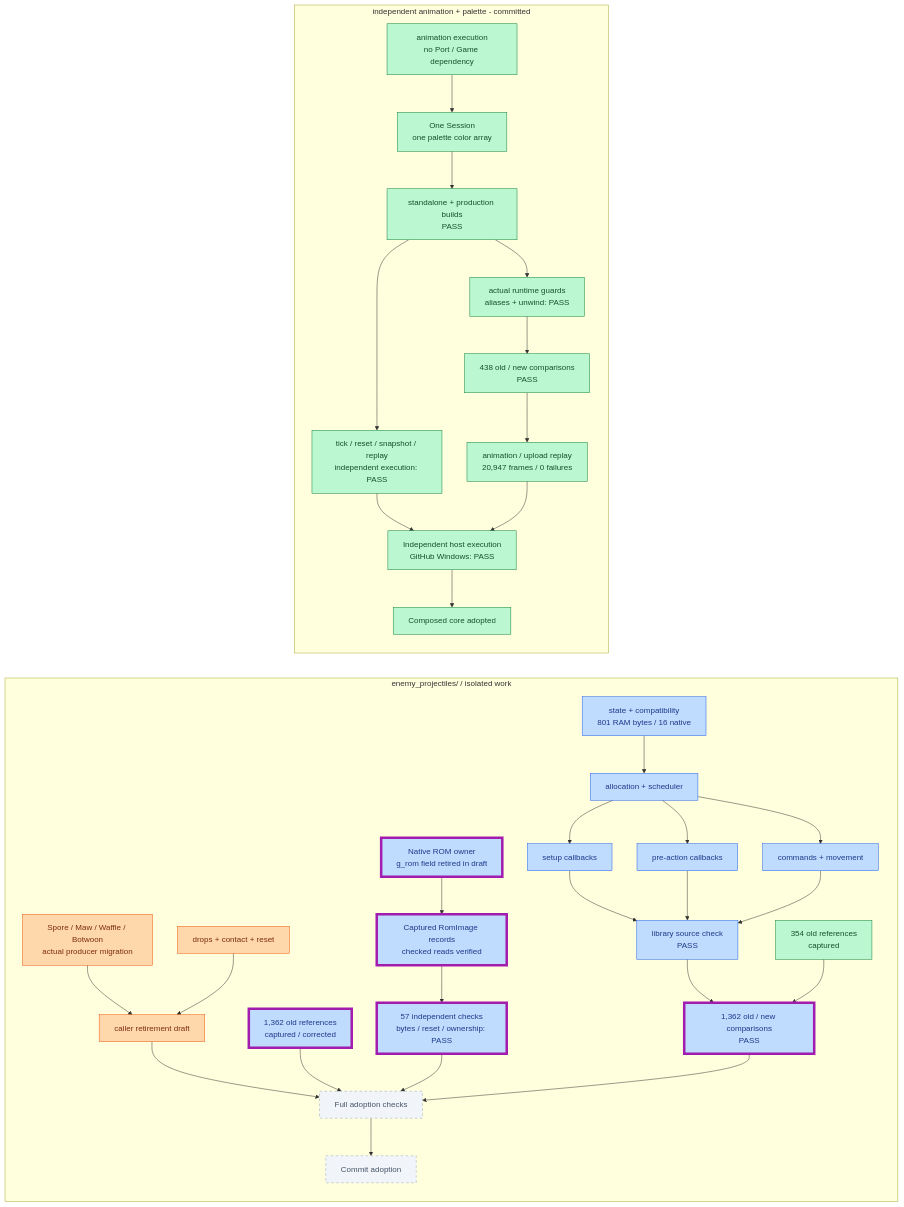
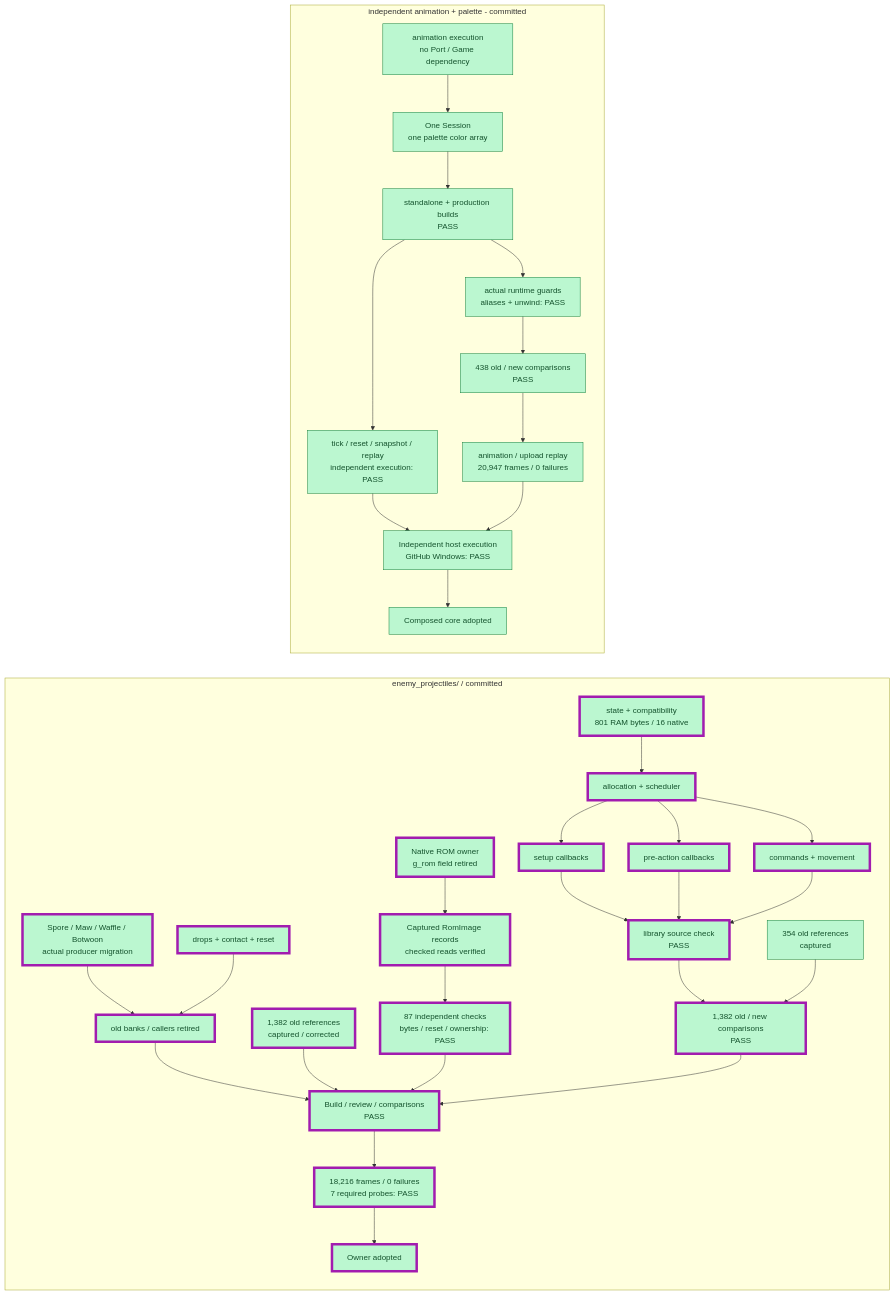
One commit to JimLundin/sm-decomp changed the third of 4 diagrams in PROGRESS.md. Above: the diagram before and after it, drawn with Mermaid. The commit also changed other lines of this file and 85 other files, not shown here.

First line of the commit message:
Adopt enemy-projectile owner and native ROM ownership; 1382 cases and 18216 frames pass

````diff
--- a/PROGRESS.md
+++ b/PROGRESS.md
@@ -78,42 +80,43 @@
 ```mermaid
 flowchart LR
-    subgraph enemy["enemy_projectiles/ / isolated work"]
+    subgraph enemy["enemy_projectiles/ / committed"]
         direction TB
-        ES["state + compatibility<br/>801 RAM bytes / 16 native"]:::checked --> EL["allocation + scheduler"]:::checked
-        EL --> SETUP["setup callbacks"]:::checked
-        EL --> PRE["pre-action callbacks"]:::checked
-        EL --> CMD["commands + movement"]:::checked
-        SETUP --> EC["library source check<br/>PASS"]:::checked
+        ES["state + compatibility<br/>801 RAM bytes / 16 native"]:::done --> EL["allocation + scheduler"]:::done
+        EL --> SETUP["setup callbacks"]:::done
+        EL --> PRE["pre-action callbacks"]:::done
+        EL --> CMD["commands + movement"]:::done
+        SETUP --> EC["library source check<br/>PASS"]:::done
         PRE --> EC
         CMD --> EC
-        ATT["Spore / Maw / Waffle / Botwoon<br/>actual producer migration"]:::active --> CALL["caller retirement draft"]:::active
-        DROP["drops + contact + reset"]:::active --> CALL
-        CALL --> FULL["Full adoption checks"]:::pending
-        EC --> CORE["1,362 old / new comparisons<br/>PASS"]:::checked
+        ATT["Spore / Maw / Waffle / Botwoon<br/>actual producer migration"]:::done --> CALL["old banks / callers retired"]:::done
+        DROP["drops + contact + reset"]:::done --> CALL
+        CALL --> FULL["Build / review / comparisons<br/>PASS"]:::done
+        EC --> CORE["1,382 old / new comparisons<br/>PASS"]:::done
         OLD["354 old references<br/>captured"]:::done --> CORE
-        MORE["1,362 old references<br/>captured / corrected"]:::checked --> FULL
-        ROM["Native ROM owner<br/>g_rom field retired in draft"]:::checked --> RECORD["Captured RomImage records<br/>checked reads verified"]:::checked
-        RECORD --> QUAL["57 independent checks<br/>bytes / reset / ownership: PASS"]:::checked
+        MORE["1,382 old references<br/>captured / corrected"]:::done --> FULL
+        ROM["Native ROM owner<br/>g_rom field retired"]:::done --> RECORD["Captured RomImage records<br/>checked reads verified"]:::done
+        RECORD --> QUAL["87 independent checks<br/>bytes / reset / ownership: PASS"]:::done
         QUAL --> FULL
         CORE --> FULL
-        FULL --> ECOMMIT["Commit adoption"]:::pending
+        FULL --> EMOVIE["18,216 frames / 0 failures<br/>7 required probes: PASS"]:::done
+        EMOVIE --> ECOMMIT["Owner adopted"]:::done
     end
     subgraph composition["independent animation + palette - committed"]
         direction TB
         HOST["animation execution<br/>no Port / Game dependency"]:::done --> ONE["One Session<br/>one palette color array"]:::done
         ONE --> BUILD["standalone + production builds<br/>PASS"]:::done
         BUILD --> GUARD["actual runtime guards<br/>aliases + unwind: PASS"]:::done
         GUARD --> REF["438 old / new comparisons<br/>PASS"]:::done
         REF --> MOVIE["animation / upload replay<br/>20,947 frames / 0 failures"]:::done
         BUILD --> REPLAY["tick / reset / snapshot / replay<br/>independent execution: PASS"]:::done
         REPLAY --> CI["Independent host execution<br/>GitHub Windows: PASS"]:::done
         MOVIE --> CI
         CI --> CCOMMIT["Composed core adopted"]:::done
     end
     classDef done fill:#bbf7d0,stroke:#15803d,color:#14532d
     classDef checked fill:#bfdbfe,stroke:#2563eb,color:#1e3a8a
     classDef active fill:#fed7aa,stroke:#ea580c,color:#7c2d12
     classDef pending fill:#f1f5f9,stroke:#94a3b8,color:#475569,stroke-dasharray:5 5
     classDef changed stroke:#a21caf,stroke-width:5px
-    class CORE,MORE,ROM,RECORD,QUAL changed
+    class ES,EL,SETUP,PRE,CMD,EC,ATT,DROP,CALL,CORE,MORE,ROM,RECORD,QUAL,FULL,EMOVIE,ECOMMIT changed
 ```
````
